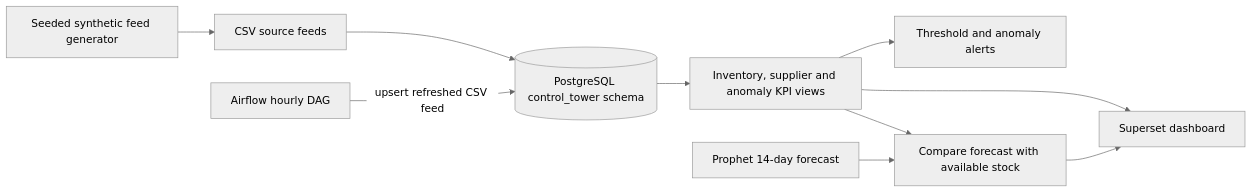
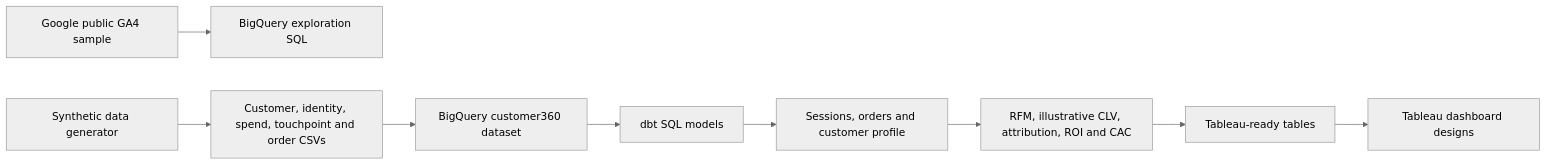
Before and after one commit to shrirametejas-pixel/Customer-360-analytics-project: the diagram in README.md, drawn with Mermaid (neutral theme). The commit also changed other lines of this file, not shown here.

````diff
--- a/README.md
+++ b/README.md
@@ -20,12 +9,11 @@
 ```mermaid
 flowchart LR
-  GEN[Seeded synthetic feed generator] --> CSV[CSV source feeds]
-  CSV --> PG[(PostgreSQL control_tower schema)]
-  DAG[Airflow hourly DAG] -->|upsert refreshed CSV feed| PG
-  PG --> KPI[Inventory, supplier and anomaly KPI views]
-  DEM[Prophet 14-day forecast] --> COMP[Compare forecast with available stock]
-  KPI --> COMP
-  KPI --> SB[Superset dashboard]
-  COMP --> SB
-  KPI --> ALERT[Threshold and anomaly alerts]
+  GA4[Google public GA4 sample] --> Explore[BigQuery exploration SQL]
+  Faker[Synthetic data generator] --> CSV[Customer, identity, spend, touchpoint and order CSVs]
+  CSV --> BQ[BigQuery customer360 dataset]
+  BQ --> DBT[dbt SQL models]
+  DBT --> SM[Sessions, orders and customer profile]
+  SM --> Metrics[RFM, illustrative CLV, attribution, ROI and CAC]
+  Metrics --> Tables[Tableau-ready tables]
+  Tables --> Dash[Tableau dashboard designs]
 ```
````
